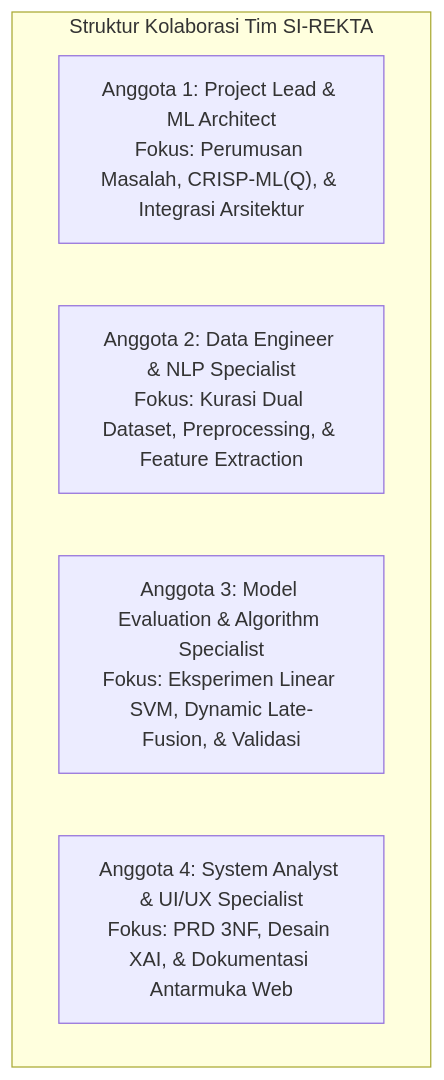
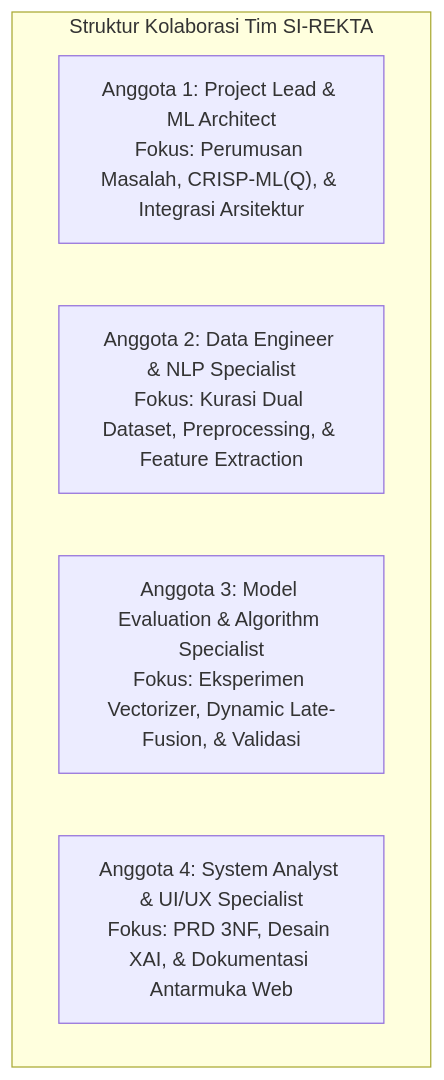
The second of 2 diagrams in docs/Progress_Report_1_SI-REKTA.md (accfd/SI-REKTA), drawn with Mermaid before and after one commit. The commit also changed other lines of this file and 1 other file, not shown here.

````diff
--- a/docs/Progress_Report_1_SI-REKTA.md
+++ b/docs/Progress_Report_1_SI-REKTA.md
@@ -169,9 +167,9 @@
 ```mermaid
 graph TD
     subgraph Tim_SI_REKTA["Struktur Kolaborasi Tim SI-REKTA"]
         Role1["Anggota 1: Project Lead & ML Architect<br>Fokus: Perumusan Masalah, CRISP-ML(Q), & Integrasi Arsitektur"]
         Role2["Anggota 2: Data Engineer & NLP Specialist<br>Fokus: Kurasi Dual Dataset, Preprocessing, & Feature Extraction"]
-        Role3["Anggota 3: Model Evaluation & Algorithm Specialist<br>Fokus: Eksperimen Linear SVM, Dynamic Late-Fusion, & Validasi"]
+        Role3["Anggota 3: Model Evaluation & Algorithm Specialist<br>Fokus: Eksperimen Vectorizer, Dynamic Late-Fusion, & Validasi"]
         Role4["Anggota 4: System Analyst & UI/UX Specialist<br>Fokus: PRD 3NF, Desain XAI, & Dokumentasi Antarmuka Web"]
     end
 ```
````
